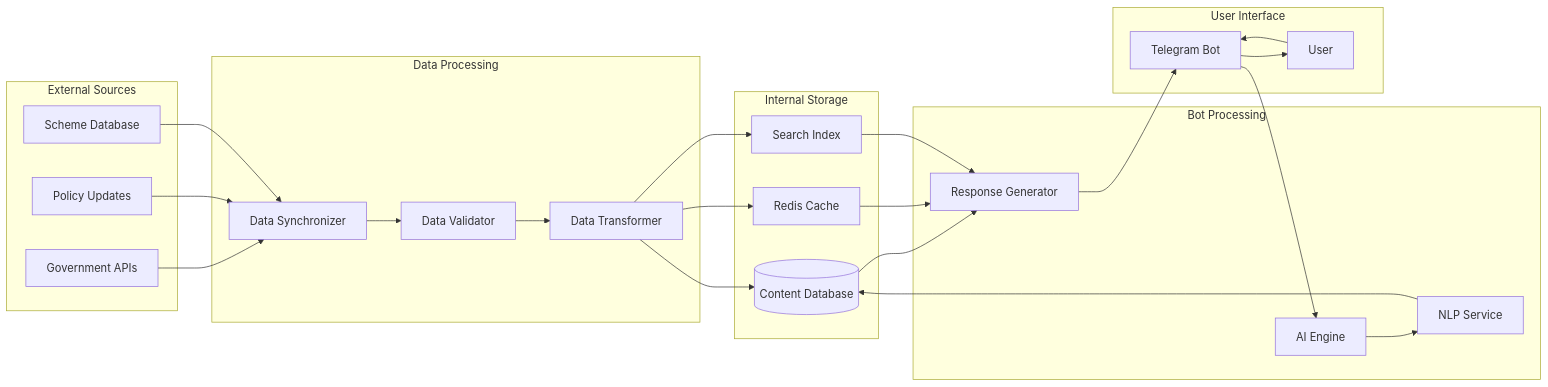
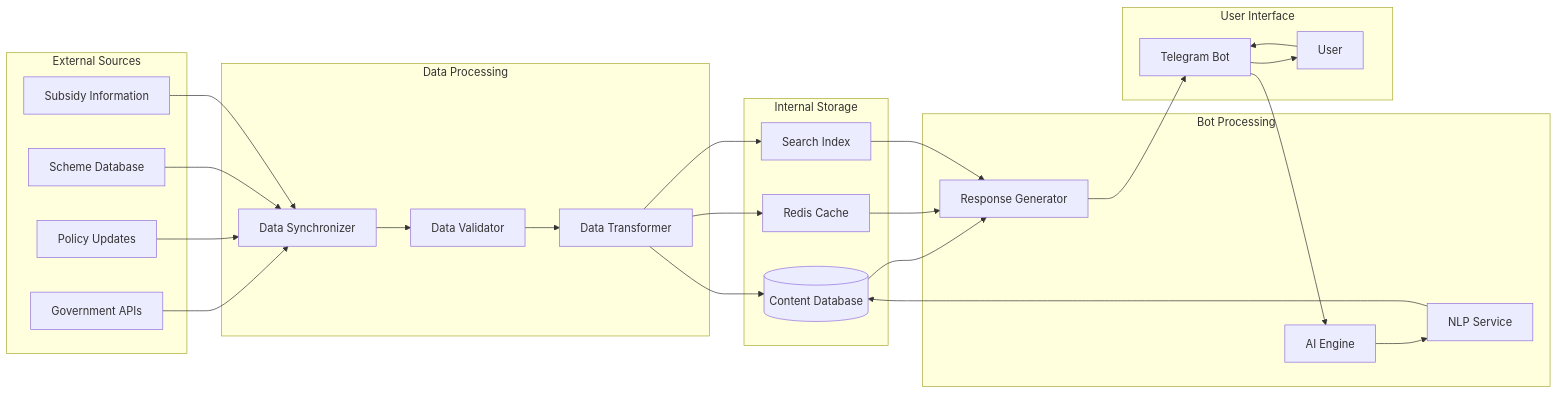
One commit to sairishigangarapu/Hack_2_skill changed the eighth of 10 diagrams in design.md. Above: the diagram before and after it, drawn with Mermaid. The commit also changed other lines of this file and 1 other file, not shown here.

````diff
--- a/design.md
+++ b/design.md
@@ -616,52 +620,54 @@
 ```mermaid
 flowchart LR
     subgraph "External Sources"
         GOV[Government APIs]
         POLICY[Policy Updates]
         SCHEMES[Scheme Database]
+        SUBSIDY[Subsidy Information]
     end
     
     subgraph "Data Processing"
         DS[Data Synchronizer]
         VAL[Data Validator]
         TRANS[Data Transformer]
     end
     
     subgraph "Internal Storage"
         CDB[(Content Database)]
         CACHE[Redis Cache]
         SEARCH[Search Index]
     end
     
     subgraph "Bot Processing"
         AI[AI Engine]
         NLP[NLP Service]
         RESP[Response Generator]
     end
     
     subgraph "User Interface"
         BOT[Telegram Bot]
         USER[User]
     end
     
     GOV --> DS
     POLICY --> DS
     SCHEMES --> DS
+    SUBSIDY --> DS
     
     DS --> VAL
     VAL --> TRANS
     TRANS --> CDB
     TRANS --> CACHE
     TRANS --> SEARCH
     
     USER --> BOT
     BOT --> AI
     AI --> NLP
     NLP --> CDB
     CDB --> RESP
     CACHE --> RESP
     SEARCH --> RESP
     
     RESP --> BOT
     BOT --> USER
 ```
````
